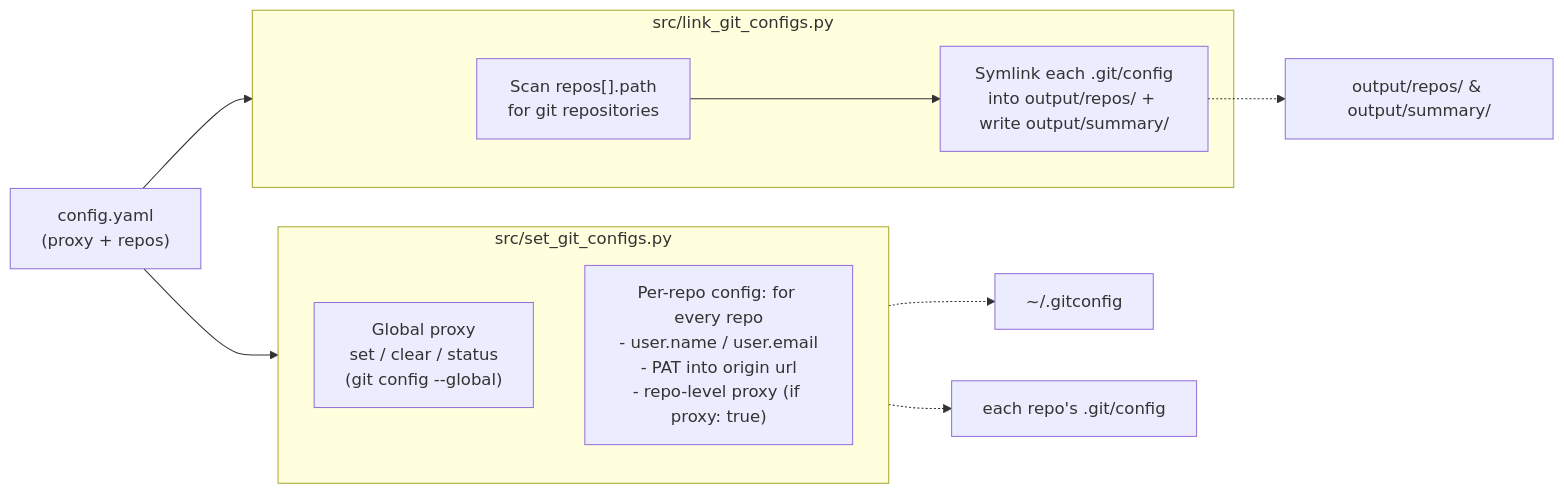
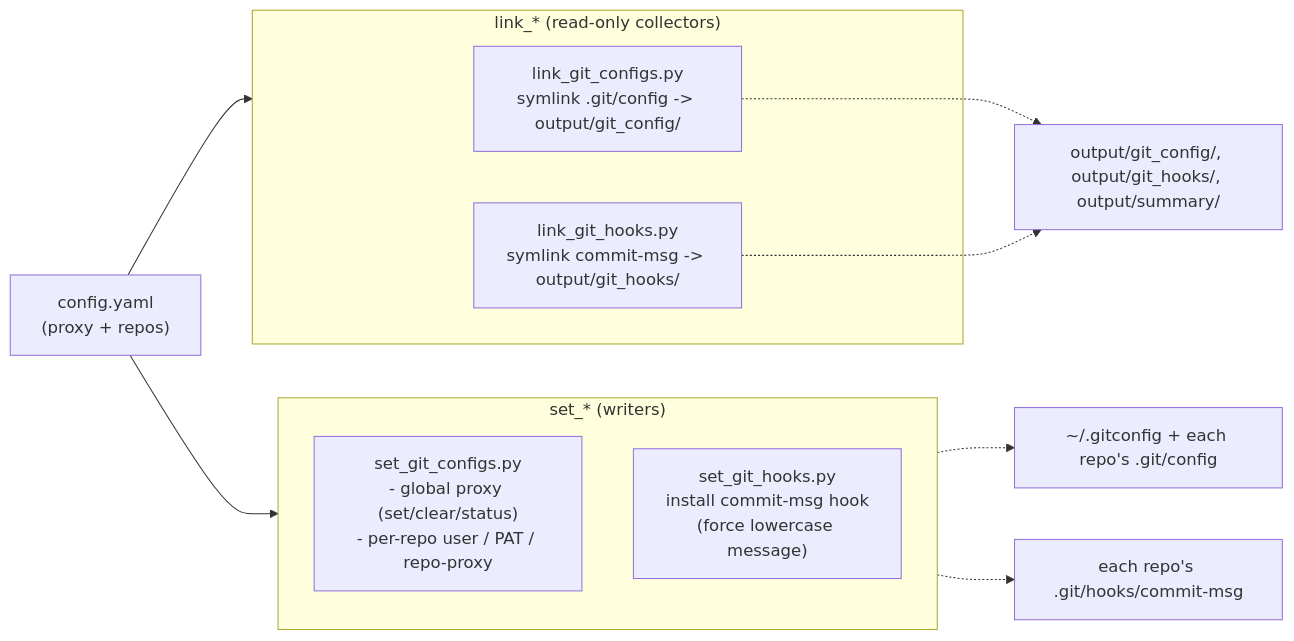
Before and after one commit to OrekiYuta/git-config-manager: the diagram in README.md, drawn with Mermaid. The commit also changed other lines of this file and 3 other files, not shown here.

Commit message:
feat: add commit-msg lowercase hook management (set/link git hooks)

````diff
--- a/README.md
+++ b/README.md
@@ -45,23 +50,23 @@
 ```mermaid
 flowchart LR
     CFG["config.yaml<br/>(proxy + repos)"]
 
-    subgraph LINK["src/link_git_configs.py"]
-        L["Scan repos[].path<br/>for git repositories"]
-        L2["Symlink each .git/config<br/>into output/repos/ + write output/summary/"]
-        L --> L2
+    subgraph LINK["link_* (read-only collectors)"]
+        L["link_git_configs.py<br/>symlink .git/config -> output/git_config/"]
+        H["link_git_hooks.py<br/>symlink commit-msg -> output/git_hooks/"]
     end
 
-    subgraph SET["src/set_git_configs.py"]
+    subgraph SET["set_* (writers)"]
         direction TB
-        G["Global proxy<br/>set / clear / status<br/>(git config --global)"]
-        R["Per-repo config: for every repo<br/>- user.name / user.email<br/>- PAT into origin url<br/>- repo-level proxy (if proxy: true)"]
+        G["set_git_configs.py<br/>- global proxy (set/clear/status)<br/>- per-repo user / PAT / repo-proxy"]
+        HK["set_git_hooks.py<br/>install commit-msg hook<br/>(force lowercase message)"]
     end
 
     CFG --> LINK
     CFG --> SET
 
-    L2 -.-> OUT["output/repos/ &amp; output/summary/"]
-    G -.-> GC["~/.gitconfig"]
-    R -.-> RC["each repo's .git/config"]
+    L -.-> OUT["output/git_config/, output/git_hooks/, output/summary/"]
+    H -.-> OUT
+    G -.-> GC["~/.gitconfig + each repo's .git/config"]
+    HK -.-> HKF["each repo's .git/hooks/commit-msg"]
 ```
````
